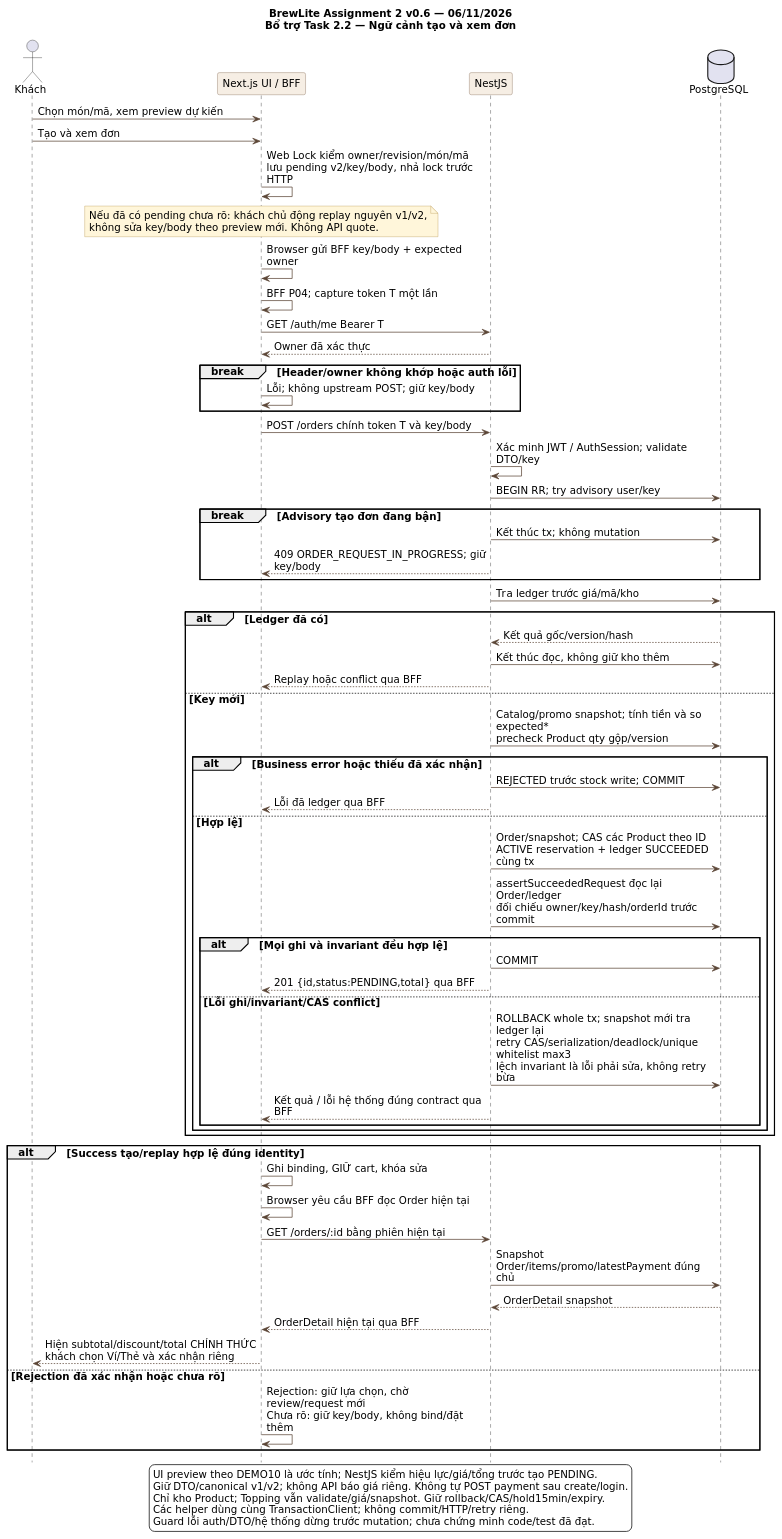
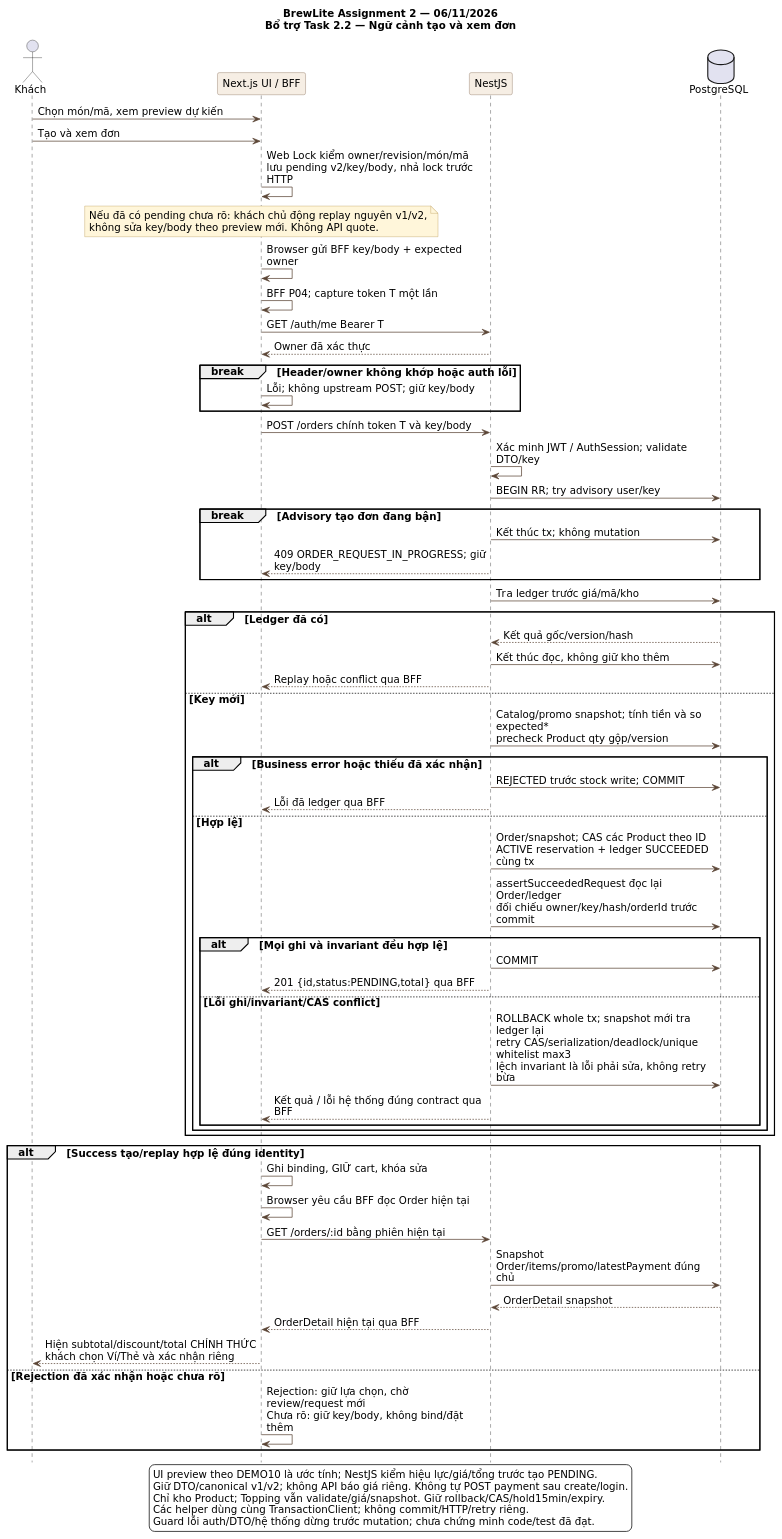
One commit to giabaot400-boop/BrewLite changed the first of 3 diagrams in docs/diagrams/sequence-checkout.puml. Above: the diagram before and after it, drawn with PlantUML. The commit also changed other lines of this file and 49 other files, not shown here.

```diff
--- a/docs/diagrams/sequence-checkout.puml
+++ b/docs/diagrams/sequence-checkout.puml
@@ -1,80 +1,80 @@
 @startuml sequence-checkout-order
-title BrewLite Assignment 2 v0.6 — 06/11/2026\nBổ trợ Task 2.2 — Ngữ cảnh tạo và xem đơn
+title BrewLite Assignment 2 — 06/11/2026\nBổ trợ Task 2.2 — Ngữ cảnh tạo và xem đơn
 skinparam defaultFontName DejaVu Sans
 skinparam defaultFontSize 14
 skinparam shadowing false
 skinparam backgroundColor #FFFFFF
 skinparam ArrowColor #5B4636
 skinparam noteBackgroundColor #FFF6DA
 skinparam noteBorderColor #B89551
 hide footbox
 skinparam sequenceParticipantBackgroundColor #F6EEE4
 skinparam sequenceParticipantBorderColor #80644F
 skinparam maxMessageSize 300
 skinparam ParticipantPadding 14
 actor Khách as K
 participant "Next.js UI / BFF" as UI
 participant NestJS as API
 database PostgreSQL as DB
 K -> UI : Chọn món/mã, xem preview dự kiến
 K -> UI : Tạo và xem đơn
 UI -> UI : Web Lock kiểm owner/revision/món/mã\nlưu pending v2/key/body, nhả lock trước HTTP
 note over UI
  Nếu đã có pending chưa rõ: khách chủ động replay nguyên v1/v2,
  không sửa key/body theo preview mới. Không API quote.
 end note
 UI -> UI : Browser gửi BFF key/body + expected owner
 UI -> UI : BFF P04; capture token T một lần
 UI -> API : GET /auth/me Bearer T
 API --> UI : Owner đã xác thực
 break Header/owner không khớp hoặc auth lỗi
  UI -> UI : Lỗi; không upstream POST; giữ key/body
 end
 UI -> API : POST /orders chính token T và key/body
 API -> API : Xác minh JWT / AuthSession; validate DTO/key
 API -> DB : BEGIN RR; try advisory user/key
 break Advisory tạo đơn đang bận
  API -> DB : Kết thúc tx; không mutation
  API --> UI : 409 ORDER_REQUEST_IN_PROGRESS; giữ key/body
 end
 API -> DB : Tra ledger trước giá/mã/kho
 alt Ledger đã có
  DB --> API : Kết quả gốc/version/hash
  API -> DB : Kết thúc đọc, không giữ kho thêm
  API --> UI : Replay hoặc conflict qua BFF
 else Key mới
  API -> DB : Catalog/promo snapshot; tính tiền và so expected*\nprecheck Product qty gộp/version
  alt Business error hoặc thiếu đã xác nhận
   API -> DB : REJECTED trước stock write; COMMIT
   API --> UI : Lỗi đã ledger qua BFF
  else Hợp lệ
   API -> DB : Order/snapshot; CAS các Product theo ID\nACTIVE reservation + ledger SUCCEEDED cùng tx
   API -> DB : assertSucceededRequest đọc lại Order/ledger\nđối chiếu owner/key/hash/orderId trước commit
   alt Mọi ghi và invariant đều hợp lệ
    API -> DB : COMMIT
    API --> UI : 201 {id,status:PENDING,total} qua BFF
   else Lỗi ghi/invariant/CAS conflict
    API -> DB : ROLLBACK whole tx; snapshot mới tra ledger lại\nretry CAS/serialization/deadlock/unique whitelist max3\nlệch invariant là lỗi phải sửa, không retry bừa
    API --> UI : Kết quả / lỗi hệ thống đúng contract qua BFF
   end
  end
 end
 alt Success tạo/replay hợp lệ đúng identity
  UI -> UI : Ghi binding, GIỮ cart, khóa sửa
  UI -> UI : Browser yêu cầu BFF đọc Order hiện tại
  UI -> API : GET /orders/:id bằng phiên hiện tại
  API -> DB : Snapshot Order/items/promo/latestPayment đúng chủ
  DB --> API : OrderDetail snapshot
  API --> UI : OrderDetail hiện tại qua BFF
  UI --> K : Hiện subtotal/discount/total CHÍNH THỨC\nkhách chọn Ví/Thẻ và xác nhận riêng
 else Rejection đã xác nhận hoặc chưa rõ
  UI -> UI : Rejection: giữ lựa chọn, chờ review/request mới\nChưa rõ: giữ key/body, không bind/đặt thêm
 end
 legend bottom
   UI preview theo DEMO10 là ước tính; NestJS kiểm hiệu lực/giá/tổng trước tạo PENDING.
   Giữ DTO/canonical v1/v2; không API báo giá riêng. Không tự POST payment sau create/login.
   Chỉ kho Product; Topping vẫn validate/giá/snapshot. Giữ rollback/CAS/hold15min/expiry.
   Các helper dùng cùng TransactionClient; không commit/HTTP/retry riêng.
   Guard lỗi auth/DTO/hệ thống dừng trước mutation; chưa chứng minh code/test đã đạt.
 endlegend
 @enduml
```
